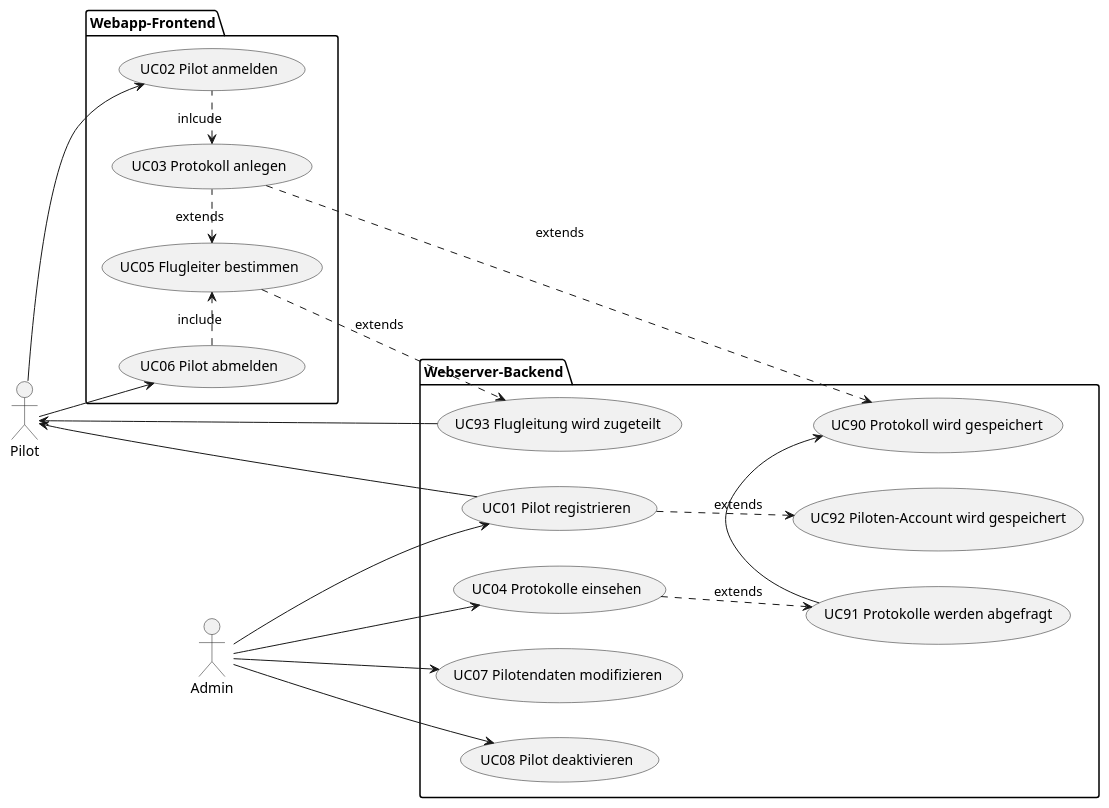
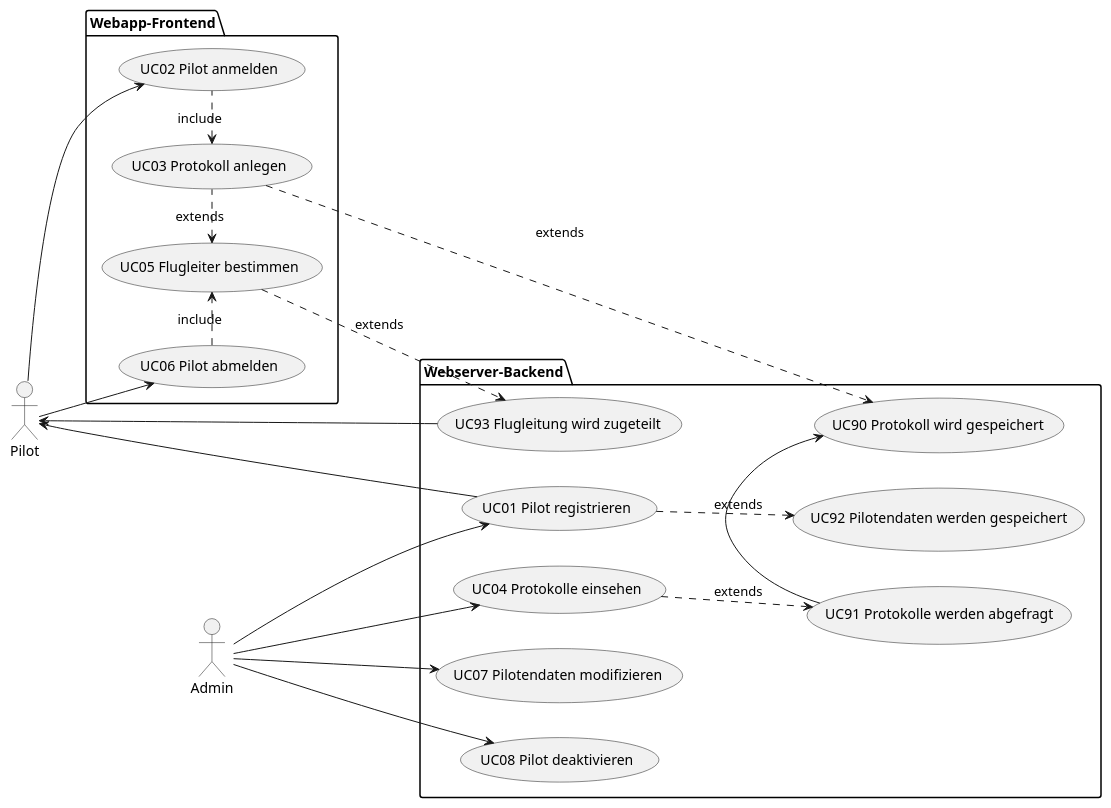
One commit to jakobkmar/E09-modellflug-logbuch changed the diagram in docs/requirements/use-case_model.adoc. Above: the diagram before and after it, drawn with PlantUML. The commit also changed other lines of this file and 3 other files, not shown here.

```diff
--- a/docs/requirements/use-case_model.adoc
+++ b/docs/requirements/use-case_model.adoc
@@ -25,41 +25,41 @@
 [plantuml, "{diagramsdir}/gesamter Use-Case", svg]
 ....
 @startuml
 left to right direction
 "Admin" as ac01
 "Pilot" as ac02
 package Webapp-Frontend {
     "UC02 Pilot anmelden" as (uc02) 
     "UC03 Protokoll anlegen" as (uc03)
     "UC05 Flugleiter bestimmen" as (uc05)
     "UC06 Pilot abmelden" as (uc06)
 }
 
 package Webserver-Backend {
     "UC01 Pilot registrieren" as (uc01)
     "UC04 Protokolle einsehen" as (uc04)
     "UC07 Pilotendaten modifizieren" as (uc07)
     "UC08 Pilot deaktivieren" as (uc08)
     "UC90 Protokoll wird gespeichert" as (uc90)
     "UC91 Protokolle werden abgefragt" as (uc91)
-    "UC92 Piloten-Account wird gespeichert" as (uc92)
+    "UC92 Pilotendaten werden gespeichert" as (uc92)
     "UC93 Flugleitung wird zugeteilt" as (uc93)
 }
 ac01 -d-> uc01
 ac01 -d-> uc04
 ac01 -d-> uc07
 ac01 -d-> uc08
 ac02 -d-> uc02
 ac02 -d-> uc06
 uc01 -u-> ac02
 uc01 .d.> uc92 :extends
-uc02 .l.> uc03 :inlcude
+uc02 .l.> uc03 :include
 uc03 .l.> uc05 :extends
 uc03 .d.> uc90 :extends
 uc04 .d.> uc91 :extends
 uc05 .d.> uc93 :extends
 uc06 .r.> uc05 :include
 uc91 -r-> uc90
 uc93 -u-> ac02
 @enduml
 ....
```
